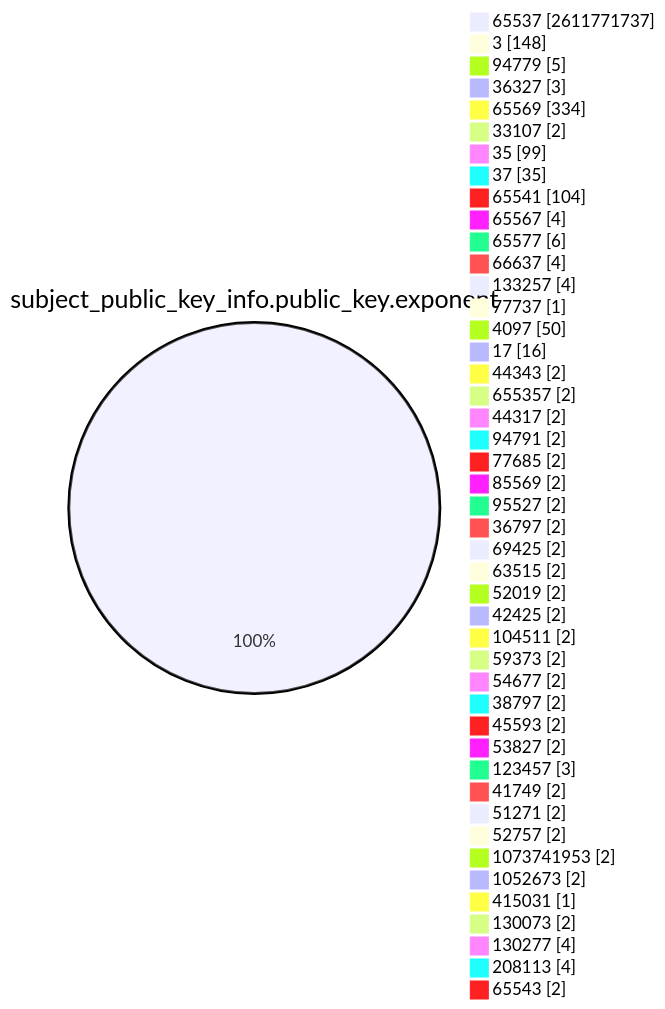
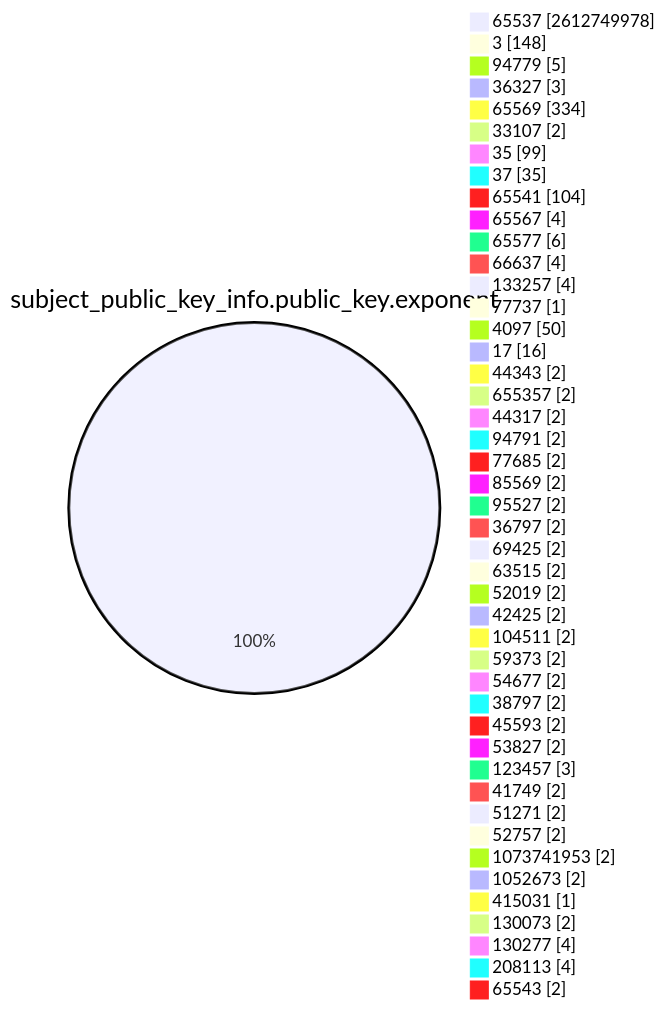
One commit to christiankrug/ctmonitor_visualization changed the fourth of 15 diagrams in TOTAL/README.md. Above: the diagram before and after it, drawn with Mermaid. The commit also changed other lines of this file, not shown here.

````diff
--- a/TOTAL/README.md
+++ b/TOTAL/README.md
@@ -1466,49 +1466,49 @@
 ```mermaid
 pie showData
 title subject_public_key_info.public_key.exponent
-"65537" :2611771737
+"65537" :2612749978
 "3" :148
 "94779" :5
 "36327" :3
 "65569" :334
 "33107" :2
 "35" :99
 "37" :35
 "65541" :104
 "65567" :4
 "65577" :6
 "66637" :4
 "133257" :4
 "77737" :1
 "4097" :50
 "17" :16
 "44343" :2
 "655357" :2
 "44317" :2
 "94791" :2
 "77685" :2
 "85569" :2
 "95527" :2
 "36797" :2
 "69425" :2
 "63515" :2
 "52019" :2
 "42425" :2
 "104511" :2
 "59373" :2
 "54677" :2
 "38797" :2
 "45593" :2
 "53827" :2
 "123457" :3
 "41749" :2
 "51271" :2
 "52757" :2
 "1073741953" :2
 "1052673" :2
 "415031" :1
 "130073" :2
 "130277" :4
 "208113" :4
 "65543" :2
 ```
````
